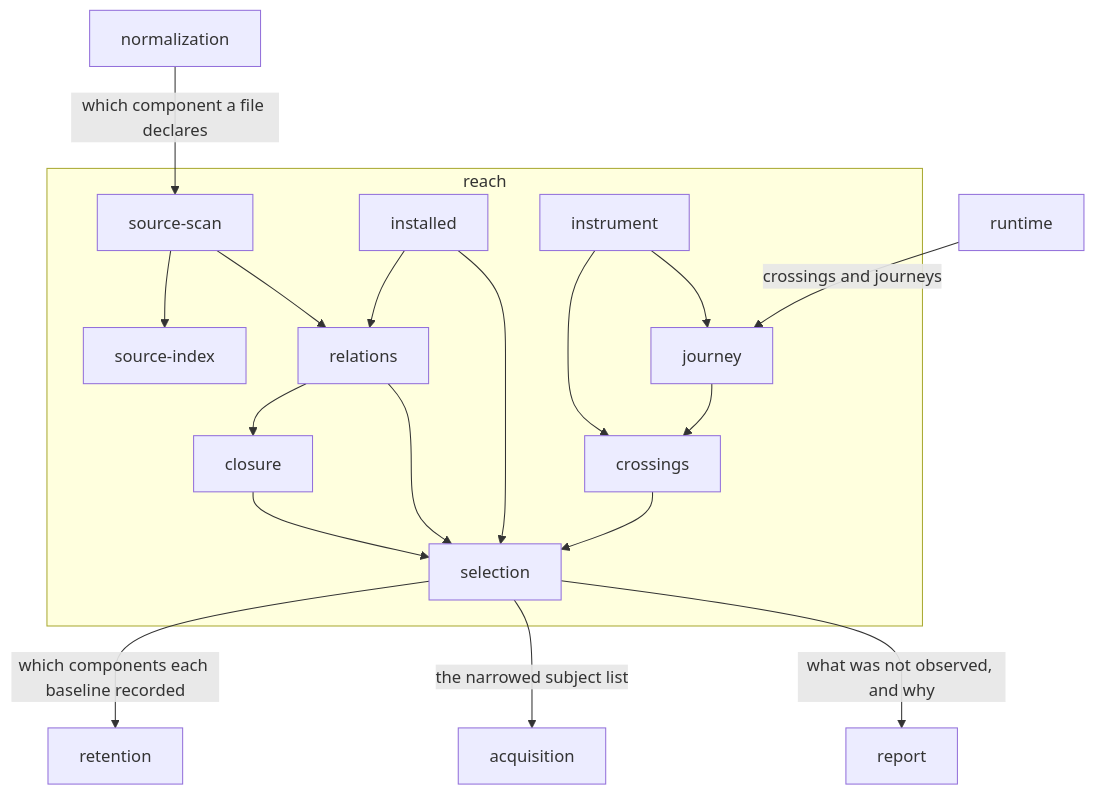
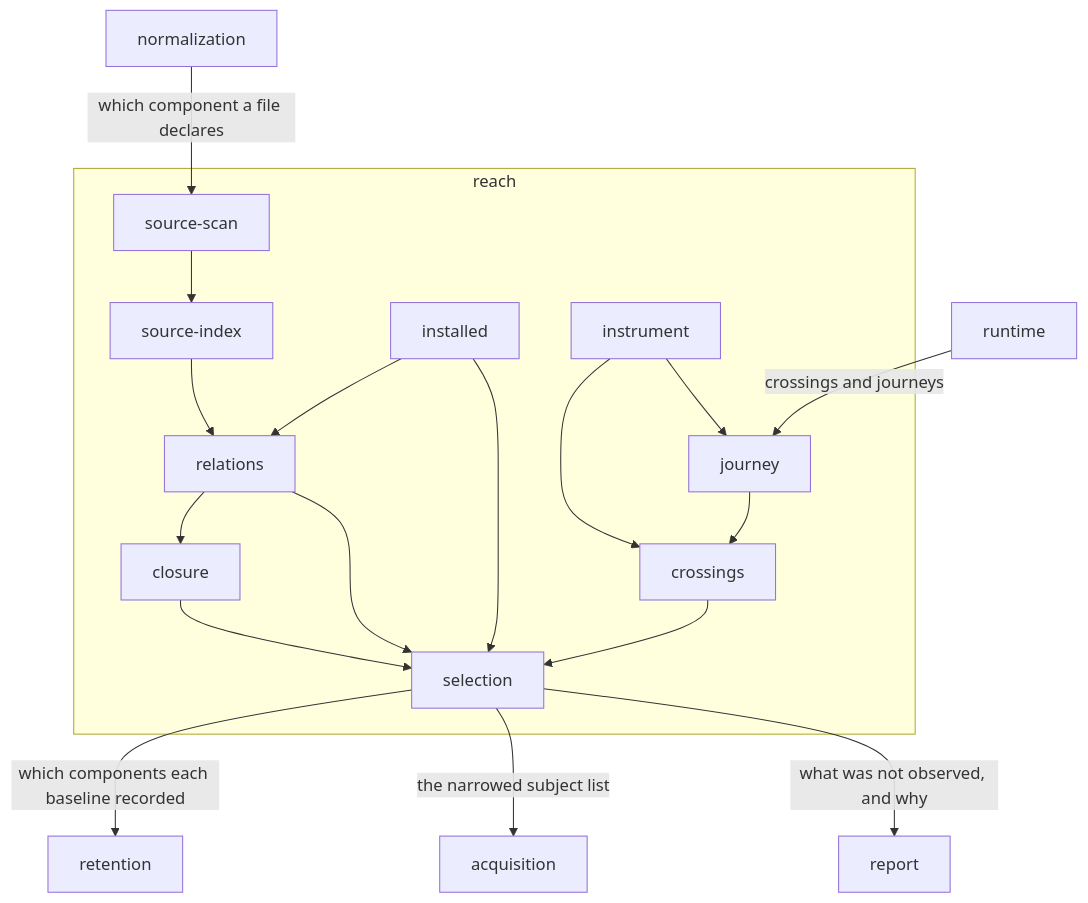
The diagram in .compass/variance-authority/reach/README.md (Variance-Authority/variance-authority), drawn with Mermaid before and after one commit. The commit also changed other lines of this file and 15 other files, not shown here.

````diff
--- a/.compass/variance-authority/reach/README.md
+++ b/.compass/variance-authority/reach/README.md
@@ -143,23 +144,23 @@
 ```mermaid
 flowchart TB
   NORM[normalization] -->|which component a file declares| SCAN
 
   subgraph reach
     SCAN[source-scan] --> INDEX[source-index]
-    SCAN --> REL[relations]
+    INDEX --> REL[relations]
     INS[installed] --> REL
     INS --> SEL
     REL --> CLO[closure]
     REL --> SEL[selection]
     CLO --> SEL
     INST[instrument] --> CROSS[crossings]
     INST --> JRN[journey]
     JRN --> CROSS
     CROSS --> SEL
   end
 
   RUN[runtime] -->|crossings and journeys| JRN
   SEL -->|which components each baseline recorded| RET[retention]
   SEL -->|the narrowed subject list| ACQ[acquisition]
   SEL -->|what was not observed, and why| REP[report]
 ```
````
